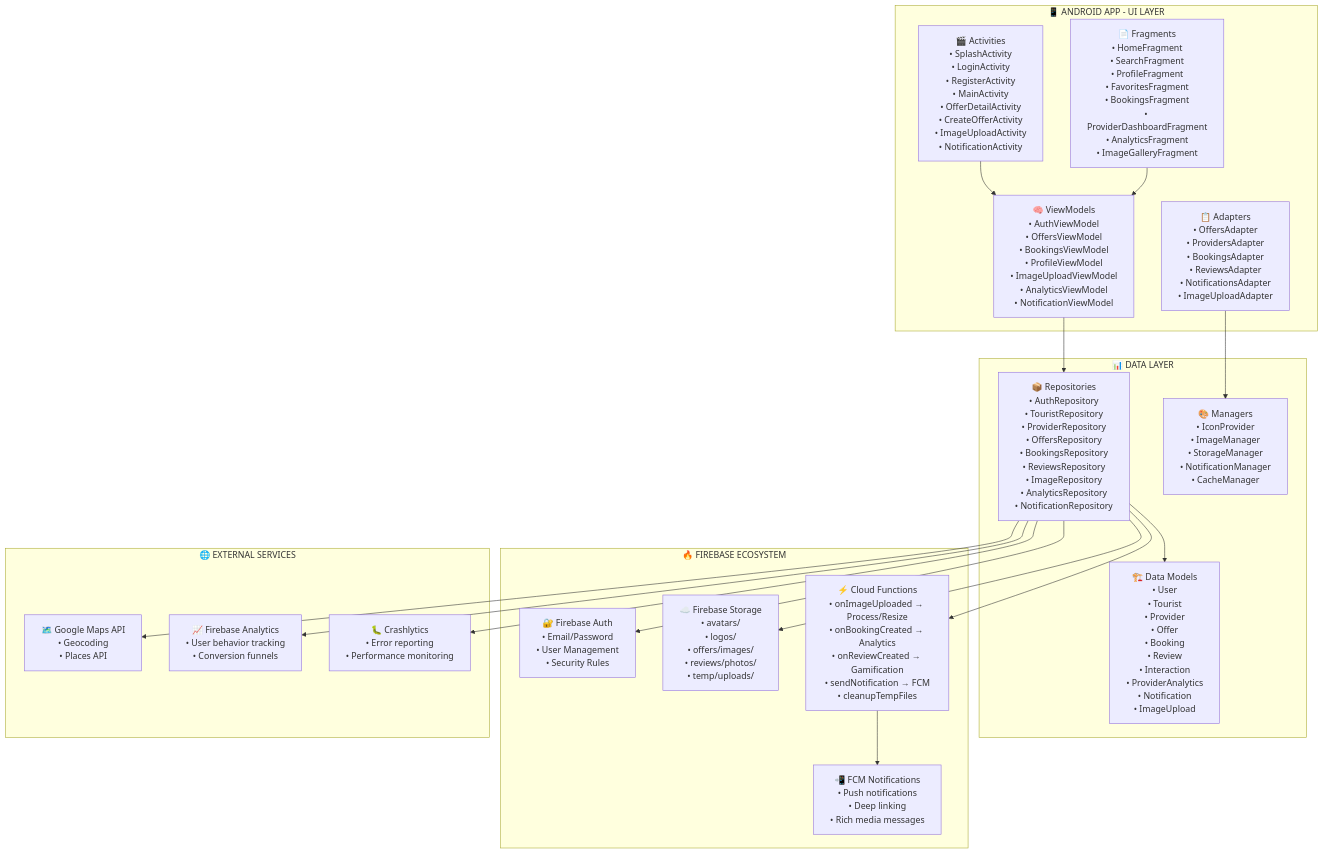
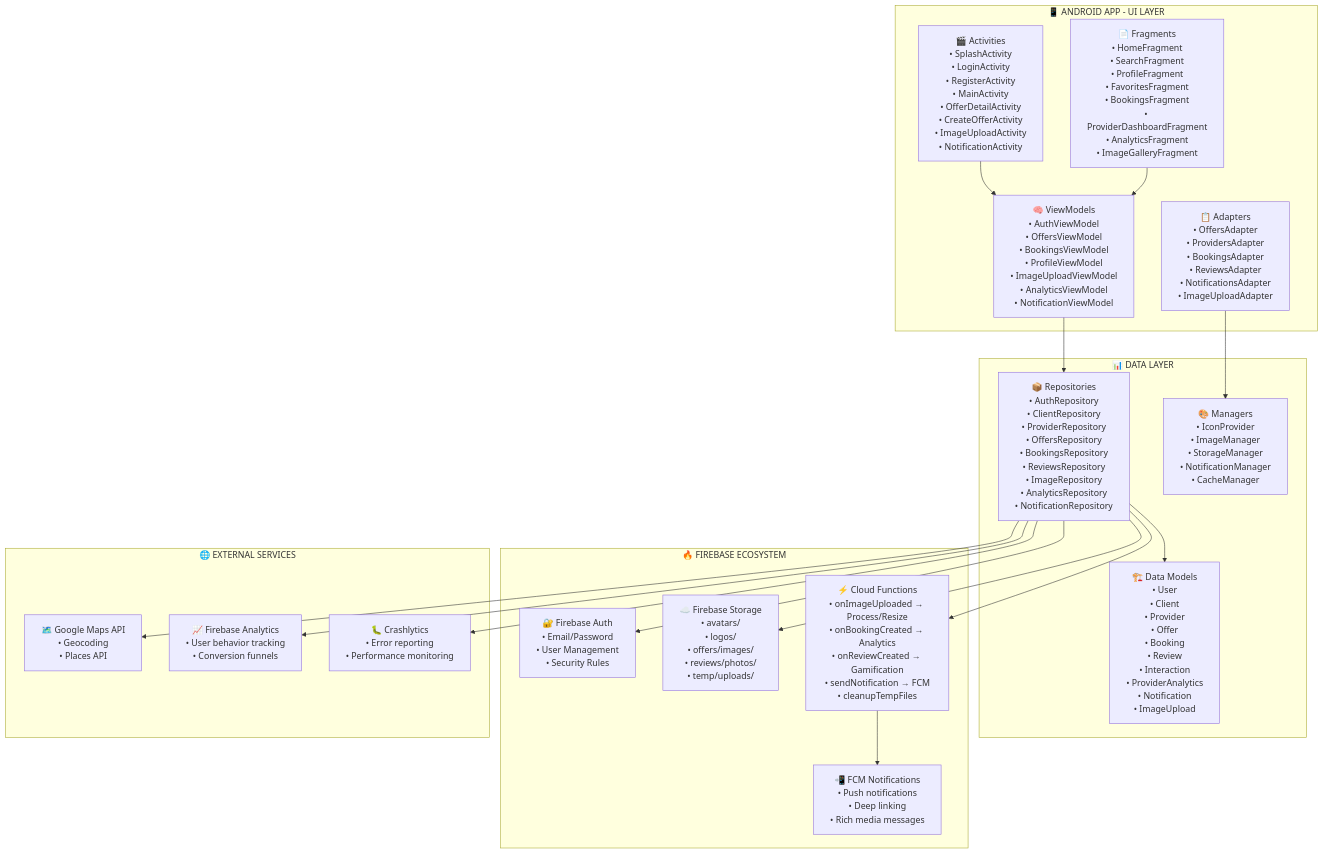
One commit to aDreF47/MunayTrip-Android changed the diagram in README.md. Above: the diagram before and after it, drawn with Mermaid. The commit also changed other lines of this file and 10 other files, not shown here.

Commit message:
cambiando nombre de tourist a client

````diff
--- a/README.md
+++ b/README.md
@@ -63,56 +63,56 @@
 ```mermaid
 graph TD
     %% CAPA DE PRESENTACIÓN
     subgraph "📱 ANDROID APP - UI LAYER"
         ACTIVITIES["🎬 Activities<br/>• SplashActivity<br/>• LoginActivity<br/>• RegisterActivity<br/>• MainActivity<br/>• OfferDetailActivity<br/>• CreateOfferActivity<br/>• ImageUploadActivity<br/>• NotificationActivity"]
         
         FRAGMENTS["📄 Fragments<br/>• HomeFragment<br/>• SearchFragment<br/>• ProfileFragment<br/>• FavoritesFragment<br/>• BookingsFragment<br/>• ProviderDashboardFragment<br/>• AnalyticsFragment<br/>• ImageGalleryFragment"]
         
         ADAPTERS["📋 Adapters<br/>• OffersAdapter<br/>• ProvidersAdapter<br/>• BookingsAdapter<br/>• ReviewsAdapter<br/>• NotificationsAdapter<br/>• ImageUploadAdapter"]
         
         VIEWMODELS["🧠 ViewModels<br/>• AuthViewModel<br/>• OffersViewModel<br/>• BookingsViewModel<br/>• ProfileViewModel<br/>• ImageUploadViewModel<br/>• AnalyticsViewModel<br/>• NotificationViewModel"]
     end
     
     %% CAPA DE DATOS
     subgraph "📊 DATA LAYER"
-        REPOSITORIES["📦 Repositories<br/>• AuthRepository<br/>• TouristRepository<br/>• ProviderRepository<br/>• OffersRepository<br/>• BookingsRepository<br/>• ReviewsRepository<br/>• ImageRepository<br/>• AnalyticsRepository<br/>• NotificationRepository"]
+        REPOSITORIES["📦 Repositories<br/>• AuthRepository<br/>• ClientRepository<br/>• ProviderRepository<br/>• OffersRepository<br/>• BookingsRepository<br/>• ReviewsRepository<br/>• ImageRepository<br/>• AnalyticsRepository<br/>• NotificationRepository"]
         
-        MODELS["🏗️ Data Models<br/>• User<br/>• Tourist<br/>• Provider<br/>• Offer<br/>• Booking<br/>• Review<br/>• Interaction<br/>• ProviderAnalytics<br/>• Notification<br/>• ImageUpload"]
+        MODELS["🏗️ Data Models<br/>• User<br/>• Client<br/>• Provider<br/>• Offer<br/>• Booking<br/>• Review<br/>• Interaction<br/>• ProviderAnalytics<br/>• Notification<br/>• ImageUpload"]
         
         MANAGERS["🎨 Managers<br/>• IconProvider<br/>• ImageManager<br/>• StorageManager<br/>• NotificationManager<br/>• CacheManager"]
     end
     
     %% FIREBASE BACKEND
     subgraph "🔥 FIREBASE ECOSYSTEM"
         AUTH["🔐 Firebase Auth<br/>• Email/Password<br/>• User Management<br/>• Security Rules"]
         
         STORAGE["☁️ Firebase Storage<br/>• avatars/<br/>• logos/<br/>• offers/images/<br/>• reviews/photos/<br/>• temp/uploads/"]
         
         FUNCTIONS["⚡ Cloud Functions<br/>• onImageUploaded → Process/Resize<br/>• onBookingCreated → Analytics<br/>• onReviewCreated → Gamification<br/>• sendNotification → FCM<br/>• cleanupTempFiles"]
         
         FCM["📲 FCM Notifications<br/>• Push notifications<br/>• Deep linking<br/>• Rich media messages"]
     end
     
     %% SERVICIOS EXTERNOS
     subgraph "🌐 EXTERNAL SERVICES"
         MAPS["🗺️ Google Maps API<br/>• Geocoding<br/>• Places API"]
         
         ANALYTICS_EXT["📈 Firebase Analytics<br/>• User behavior tracking<br/>• Conversion funnels"]
         
         CRASHLYTICS["🐛 Crashlytics<br/>• Error reporting<br/>• Performance monitoring"]
     end
     
     %% CONEXIONES
     ACTIVITIES --> VIEWMODELS
     FRAGMENTS --> VIEWMODELS
     ADAPTERS --> MANAGERS
     VIEWMODELS --> REPOSITORIES
     REPOSITORIES --> MODELS
     REPOSITORIES --> AUTH
     REPOSITORIES --> STORAGE
     REPOSITORIES --> FUNCTIONS
     FUNCTIONS --> FCM
     REPOSITORIES --> MAPS
     REPOSITORIES --> ANALYTICS_EXT
     REPOSITORIES --> CRASHLYTICS
 ```
````
